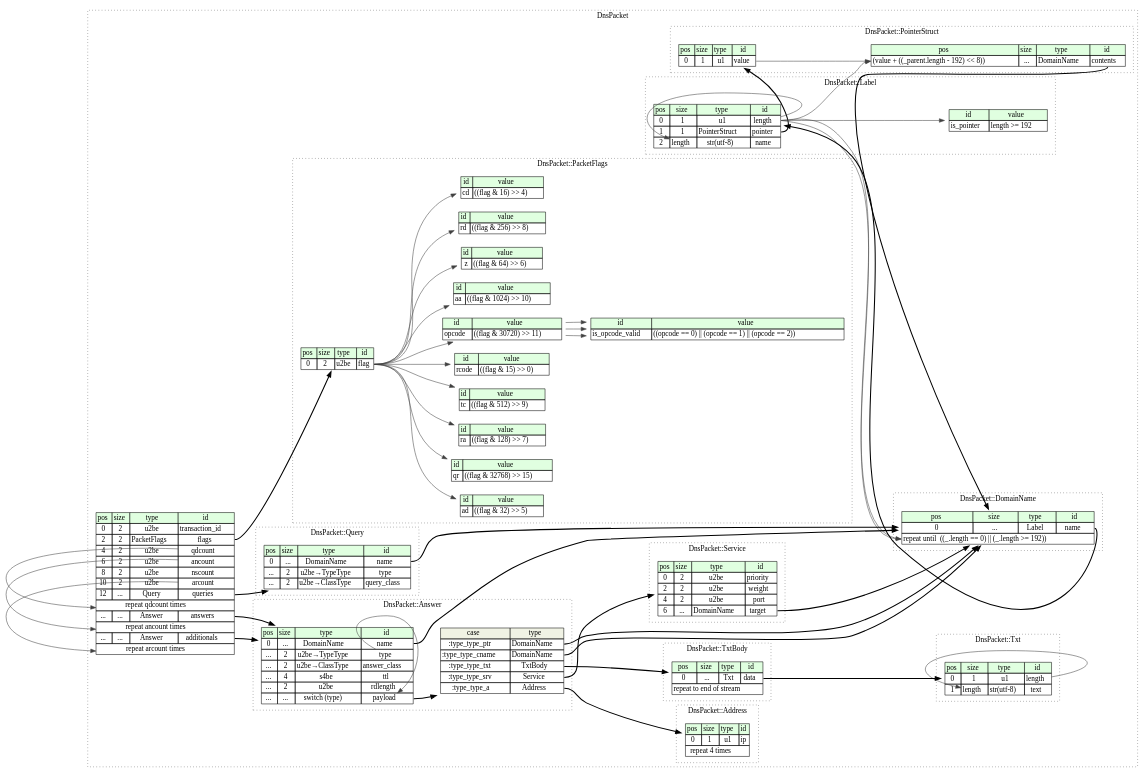
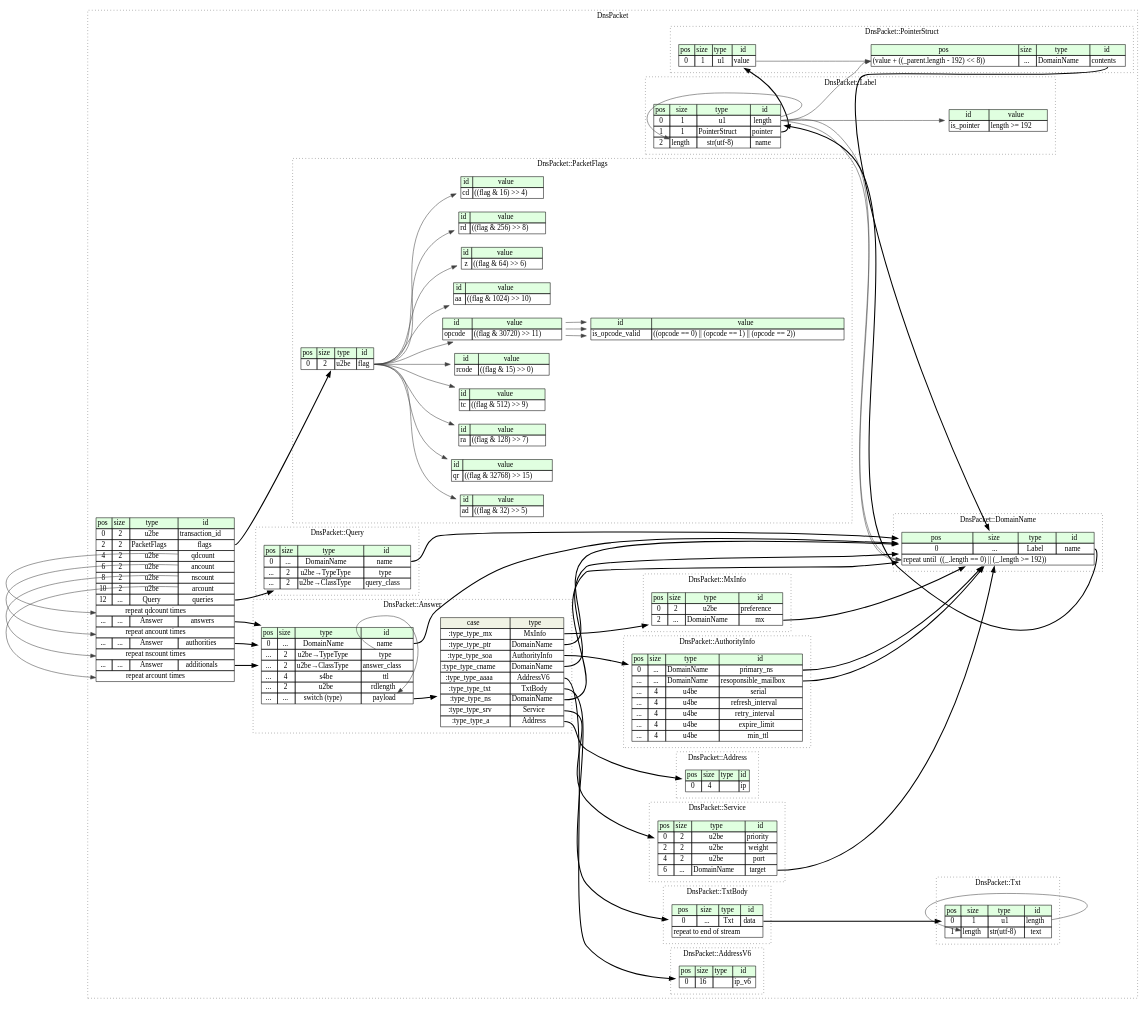
The diagram in dns_packet/src/graphviz/dns_packet.dot (kaitai-io/formats-kaitai-io.github.io), drawn with Graphviz before and after one commit. The commit also changed 29 other files, not shown here.

```diff
--- a/dns_packet/src/graphviz/dns_packet.dot
+++ b/dns_packet/src/graphviz/dns_packet.dot
@@ -17,9 +17,21 @@
 			<TR><TD COLSPAN="4" PORT="queries__repeat">repeat qdcount times</TD></TR>
 			<TR><TD PORT="answers_pos">...</TD><TD PORT="answers_size">...</TD><TD>Answer</TD><TD PORT="answers_type">answers</TD></TR>
 			<TR><TD COLSPAN="4" PORT="answers__repeat">repeat ancount times</TD></TR>
+			<TR><TD PORT="authorities_pos">...</TD><TD PORT="authorities_size">...</TD><TD>Answer</TD><TD PORT="authorities_type">authorities</TD></TR>
+			<TR><TD COLSPAN="4" PORT="authorities__repeat">repeat nscount times</TD></TR>
 			<TR><TD PORT="additionals_pos">...</TD><TD PORT="additionals_size">...</TD><TD>Answer</TD><TD PORT="additionals_type">additionals</TD></TR>
 			<TR><TD COLSPAN="4" PORT="additionals__repeat">repeat arcount times</TD></TR>
 		</TABLE>>];
+		subgraph cluster__mx_info {
+			label="DnsPacket::MxInfo";
+			graph[style=dotted];
+
+			mx_info__seq [label=<<TABLE BORDER="0" CELLBORDER="1" CELLSPACING="0">
+				<TR><TD BGCOLOR="#E0FFE0">pos</TD><TD BGCOLOR="#E0FFE0">size</TD><TD BGCOLOR="#E0FFE0">type</TD><TD BGCOLOR="#E0FFE0">id</TD></TR>
+				<TR><TD PORT="preference_pos">0</TD><TD PORT="preference_size">2</TD><TD>u2be</TD><TD PORT="preference_type">preference</TD></TR>
+				<TR><TD PORT="mx_pos">2</TD><TD PORT="mx_size">...</TD><TD>DomainName</TD><TD PORT="mx_type">mx</TD></TR>
+			</TABLE>>];
+		}
 		subgraph cluster__pointer_struct {
 			label="DnsPacket::PointerStruct";
 			graph[style=dotted];
@@ -69,6 +81,15 @@
 				<TR><TD COLSPAN="4" PORT="name__repeat">repeat until  ((_.length == 0) || (_.length &gt;= 192)) </TD></TR>
 			</TABLE>>];
 		}
+		subgraph cluster__address_v6 {
+			label="DnsPacket::AddressV6";
+			graph[style=dotted];
+
+			address_v6__seq [label=<<TABLE BORDER="0" CELLBORDER="1" CELLSPACING="0">
+				<TR><TD BGCOLOR="#E0FFE0">pos</TD><TD BGCOLOR="#E0FFE0">size</TD><TD BGCOLOR="#E0FFE0">type</TD><TD BGCOLOR="#E0FFE0">id</TD></TR>
+				<TR><TD PORT="ip_v6_pos">0</TD><TD PORT="ip_v6_size">16</TD><TD></TD><TD PORT="ip_v6_type">ip_v6</TD></TR>
+			</TABLE>>];
+		}
 		subgraph cluster__service {
 			label="DnsPacket::Service";
 			graph[style=dotted];
@@ -107,8 +128,7 @@
 
 			address__seq [label=<<TABLE BORDER="0" CELLBORDER="1" CELLSPACING="0">
 				<TR><TD BGCOLOR="#E0FFE0">pos</TD><TD BGCOLOR="#E0FFE0">size</TD><TD BGCOLOR="#E0FFE0">type</TD><TD BGCOLOR="#E0FFE0">id</TD></TR>
-				<TR><TD PORT="ip_pos">0</TD><TD PORT="ip_size">1</TD><TD>u1</TD><TD PORT="ip_type">ip</TD></TR>
-				<TR><TD COLSPAN="4" PORT="ip__repeat">repeat 4 times</TD></TR>
+				<TR><TD PORT="ip_pos">0</TD><TD PORT="ip_size">4</TD><TD></TD><TD PORT="ip_type">ip</TD></TR>
 			</TABLE>>];
 		}
 		subgraph cluster__answer {
@@ -126,11 +146,15 @@
 			</TABLE>>];
 answer__seq_payload_switch [label=<<TABLE BORDER="0" CELLBORDER="1" CELLSPACING="0">
 	<TR><TD BGCOLOR="#F0F2E4">case</TD><TD BGCOLOR="#F0F2E4">type</TD></TR>
-	<TR><TD>:type_type_ptr</TD><TD PORT="case0">DomainName</TD></TR>
-	<TR><TD>:type_type_cname</TD><TD PORT="case1">DomainName</TD></TR>
-	<TR><TD>:type_type_txt</TD><TD PORT="case2">TxtBody</TD></TR>
-	<TR><TD>:type_type_srv</TD><TD PORT="case3">Service</TD></TR>
-	<TR><TD>:type_type_a</TD><TD PORT="case4">Address</TD></TR>
+	<TR><TD>:type_type_mx</TD><TD PORT="case0">MxInfo</TD></TR>
+	<TR><TD>:type_type_ptr</TD><TD PORT="case1">DomainName</TD></TR>
+	<TR><TD>:type_type_soa</TD><TD PORT="case2">AuthorityInfo</TD></TR>
+	<TR><TD>:type_type_cname</TD><TD PORT="case3">DomainName</TD></TR>
+	<TR><TD>:type_type_aaaa</TD><TD PORT="case4">AddressV6</TD></TR>
+	<TR><TD>:type_type_txt</TD><TD PORT="case5">TxtBody</TD></TR>
+	<TR><TD>:type_type_ns</TD><TD PORT="case6">DomainName</TD></TR>
+	<TR><TD>:type_type_srv</TD><TD PORT="case7">Service</TD></TR>
+	<TR><TD>:type_type_a</TD><TD PORT="case8">Address</TD></TR>
 </TABLE>>];
 		}
 		subgraph cluster__packet_flags {
@@ -186,14 +210,32 @@
 				<TR><TD>ad</TD><TD>((flag &amp; 32) &gt;&gt; 5)</TD></TR>
 			</TABLE>>];
 		}
+		subgraph cluster__authority_info {
+			label="DnsPacket::AuthorityInfo";
+			graph[style=dotted];
+
+			authority_info__seq [label=<<TABLE BORDER="0" CELLBORDER="1" CELLSPACING="0">
+				<TR><TD BGCOLOR="#E0FFE0">pos</TD><TD BGCOLOR="#E0FFE0">size</TD><TD BGCOLOR="#E0FFE0">type</TD><TD BGCOLOR="#E0FFE0">id</TD></TR>
+				<TR><TD PORT="primary_ns_pos">0</TD><TD PORT="primary_ns_size">...</TD><TD>DomainName</TD><TD PORT="primary_ns_type">primary_ns</TD></TR>
+				<TR><TD PORT="resoponsible_mailbox_pos">...</TD><TD PORT="resoponsible_mailbox_size">...</TD><TD>DomainName</TD><TD PORT="resoponsible_mailbox_type">resoponsible_mailbox</TD></TR>
+				<TR><TD PORT="serial_pos">...</TD><TD PORT="serial_size">4</TD><TD>u4be</TD><TD PORT="serial_type">serial</TD></TR>
+				<TR><TD PORT="refresh_interval_pos">...</TD><TD PORT="refresh_interval_size">4</TD><TD>u4be</TD><TD PORT="refresh_interval_type">refresh_interval</TD></TR>
+				<TR><TD PORT="retry_interval_pos">...</TD><TD PORT="retry_interval_size">4</TD><TD>u4be</TD><TD PORT="retry_interval_type">retry_interval</TD></TR>
+				<TR><TD PORT="expire_limit_pos">...</TD><TD PORT="expire_limit_size">4</TD><TD>u4be</TD><TD PORT="expire_limit_type">expire_limit</TD></TR>
+				<TR><TD PORT="min_ttl_pos">...</TD><TD PORT="min_ttl_size">4</TD><TD>u4be</TD><TD PORT="min_ttl_type">min_ttl</TD></TR>
+			</TABLE>>];
+		}
 	}
 	dns_packet__seq:flags_type -> packet_flags__seq [style=bold];
 	dns_packet__seq:queries_type -> query__seq [style=bold];
 	dns_packet__seq:qdcount_type -> dns_packet__seq:queries__repeat [color="#404040"];
 	dns_packet__seq:answers_type -> answer__seq [style=bold];
 	dns_packet__seq:ancount_type -> dns_packet__seq:answers__repeat [color="#404040"];
+	dns_packet__seq:authorities_type -> answer__seq [style=bold];
+	dns_packet__seq:nscount_type -> dns_packet__seq:authorities__repeat [color="#404040"];
 	dns_packet__seq:additionals_type -> answer__seq [style=bold];
 	dns_packet__seq:arcount_type -> dns_packet__seq:additionals__repeat [color="#404040"];
+	mx_info__seq:mx_type -> domain_name__seq [style=bold];
 	pointer_struct__seq:value_type -> pointer_struct__inst__contents:contents_pos [color="#404040"];
 	label__seq:length_type -> pointer_struct__inst__contents:contents_pos [color="#404040"];
 	pointer_struct__inst__contents:contents_type -> domain_name__seq [style=bold];
@@ -209,11 +251,15 @@
 	txt_body__seq:data_type -> txt__seq [style=bold];
 	answer__seq:name_type -> domain_name__seq [style=bold];
 	answer__seq:payload_type -> answer__seq_payload_switch [style=bold];
-	answer__seq_payload_switch:case0 -> domain_name__seq [style=bold];
+	answer__seq_payload_switch:case0 -> mx_info__seq [style=bold];
 	answer__seq_payload_switch:case1 -> domain_name__seq [style=bold];
-	answer__seq_payload_switch:case2 -> txt_body__seq [style=bold];
-	answer__seq_payload_switch:case3 -> service__seq [style=bold];
-	answer__seq_payload_switch:case4 -> address__seq [style=bold];
+	answer__seq_payload_switch:case2 -> authority_info__seq [style=bold];
+	answer__seq_payload_switch:case3 -> domain_name__seq [style=bold];
+	answer__seq_payload_switch:case4 -> address_v6__seq [style=bold];
+	answer__seq_payload_switch:case5 -> txt_body__seq [style=bold];
+	answer__seq_payload_switch:case6 -> domain_name__seq [style=bold];
+	answer__seq_payload_switch:case7 -> service__seq [style=bold];
+	answer__seq_payload_switch:case8 -> address__seq [style=bold];
 	answer__seq:type_type -> answer__seq:payload_type [color="#404040"];
 	packet_flags__seq:flag_type -> packet_flags__inst__qr [color="#404040"];
 	packet_flags__seq:flag_type -> packet_flags__inst__ra [color="#404040"];
@@ -228,4 +274,6 @@
 	packet_flags__seq:flag_type -> packet_flags__inst__rd [color="#404040"];
 	packet_flags__seq:flag_type -> packet_flags__inst__cd [color="#404040"];
 	packet_flags__seq:flag_type -> packet_flags__inst__ad [color="#404040"];
+	authority_info__seq:primary_ns_type -> domain_name__seq [style=bold];
+	authority_info__seq:resoponsible_mailbox_type -> domain_name__seq [style=bold];
 }
```
